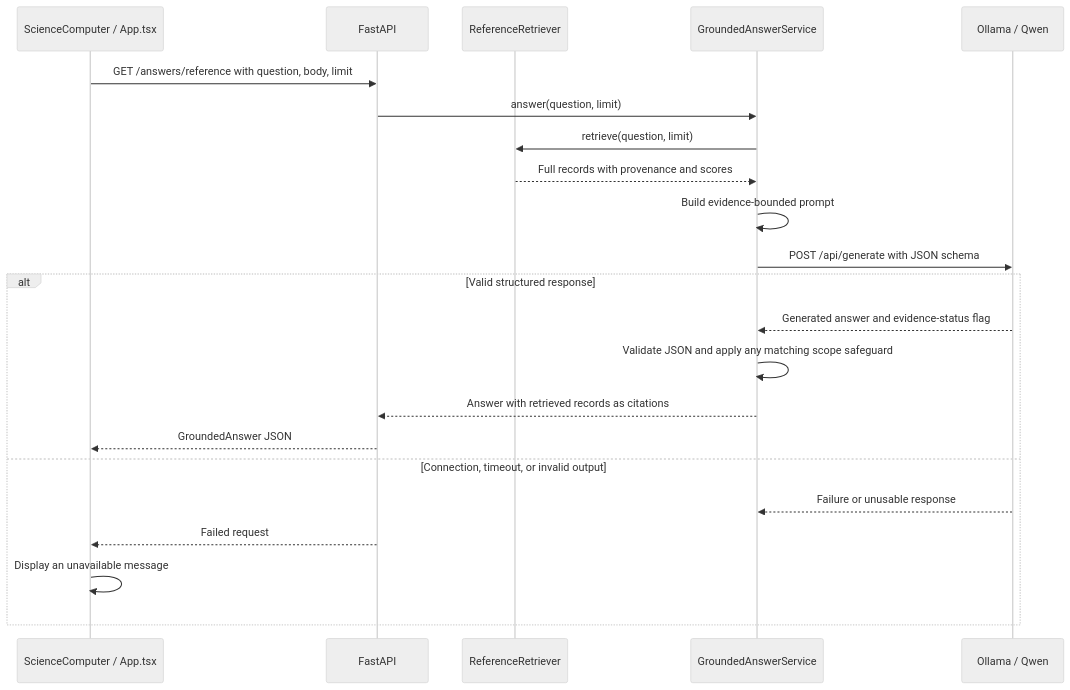
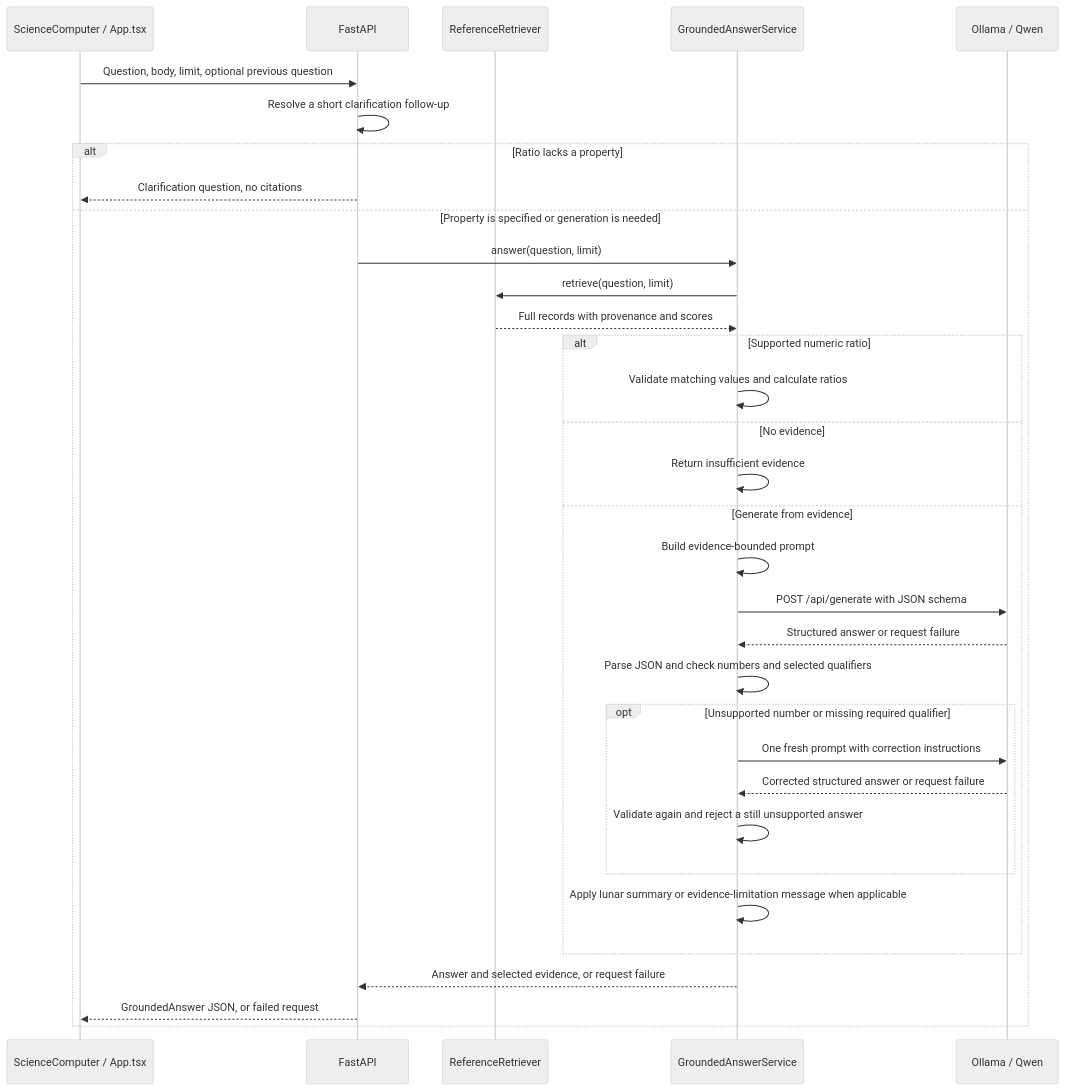
The sixth of 6 diagrams in docs/ai-pipeline.md (Kongstad/planetary-scanner), drawn with Mermaid (neutral theme) before and after one commit. The commit also changed other lines of this file and 48 other files, not shown here.

Commit message:
Expand scientific references and improve grounded answers

````diff
--- a/docs/ai-pipeline.md
+++ b/docs/ai-pipeline.md
@@ -330,24 +372,35 @@
 ```mermaid
 sequenceDiagram
     participant Browser as ScienceComputer / App.tsx
     participant API as FastAPI
     participant Retriever as ReferenceRetriever
     participant Service as GroundedAnswerService
     participant Ollama as Ollama / Qwen
-    Browser->>API: GET /answers/reference with question, body, limit
-    API->>Service: answer(question, limit)
-    Service->>Retriever: retrieve(question, limit)
-    Retriever-->>Service: Full records with provenance and scores
-    Service->>Service: Build evidence-bounded prompt
-    Service->>Ollama: POST /api/generate with JSON schema
-    alt Valid structured response
-        Ollama-->>Service: Generated answer and evidence-status flag
-        Service->>Service: Validate JSON and apply any matching scope safeguard
-        Service-->>API: Answer with retrieved records as citations
-        API-->>Browser: GroundedAnswer JSON
-    else Connection, timeout, or invalid output
-        Ollama-->>Service: Failure or unusable response
-        API-->>Browser: Failed request
-        Browser->>Browser: Display an unavailable message
+    Browser->>API: Question, body, limit, optional previous question
+    API->>API: Resolve a short clarification follow-up
+    alt Ratio lacks a property
+        API-->>Browser: Clarification question, no citations
+    else Property is specified or generation is needed
+        API->>Service: answer(question, limit)
+        Service->>Retriever: retrieve(question, limit)
+        Retriever-->>Service: Full records with provenance and scores
+        alt Supported numeric ratio
+            Service->>Service: Validate matching values and calculate ratios
+        else No evidence
+            Service->>Service: Return insufficient evidence
+        else Generate from evidence
+            Service->>Service: Build evidence-bounded prompt
+            Service->>Ollama: POST /api/generate with JSON schema
+            Ollama-->>Service: Structured answer or request failure
+            Service->>Service: Parse JSON and check numbers and selected qualifiers
+            opt Unsupported number or missing required qualifier
+                Service->>Ollama: One fresh prompt with correction instructions
+                Ollama-->>Service: Corrected structured answer or request failure
+                Service->>Service: Validate again and reject a still unsupported answer
+            end
+            Service->>Service: Apply lunar summary or evidence-limitation message when applicable
+        end
+        Service-->>API: Answer and selected evidence, or request failure
+        API-->>Browser: GroundedAnswer JSON, or failed request
     end
 ```
````
